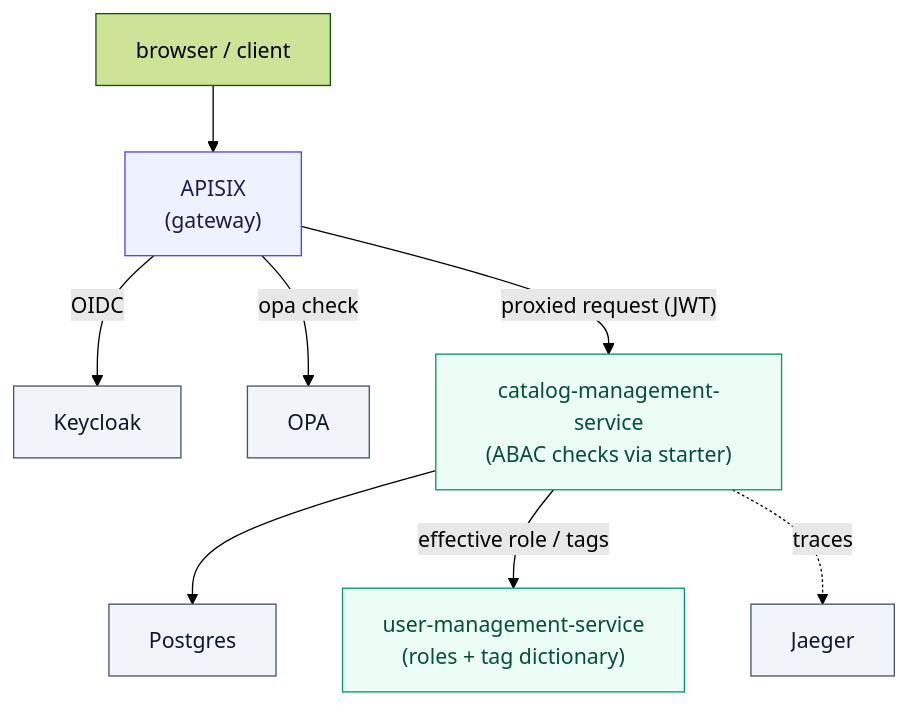
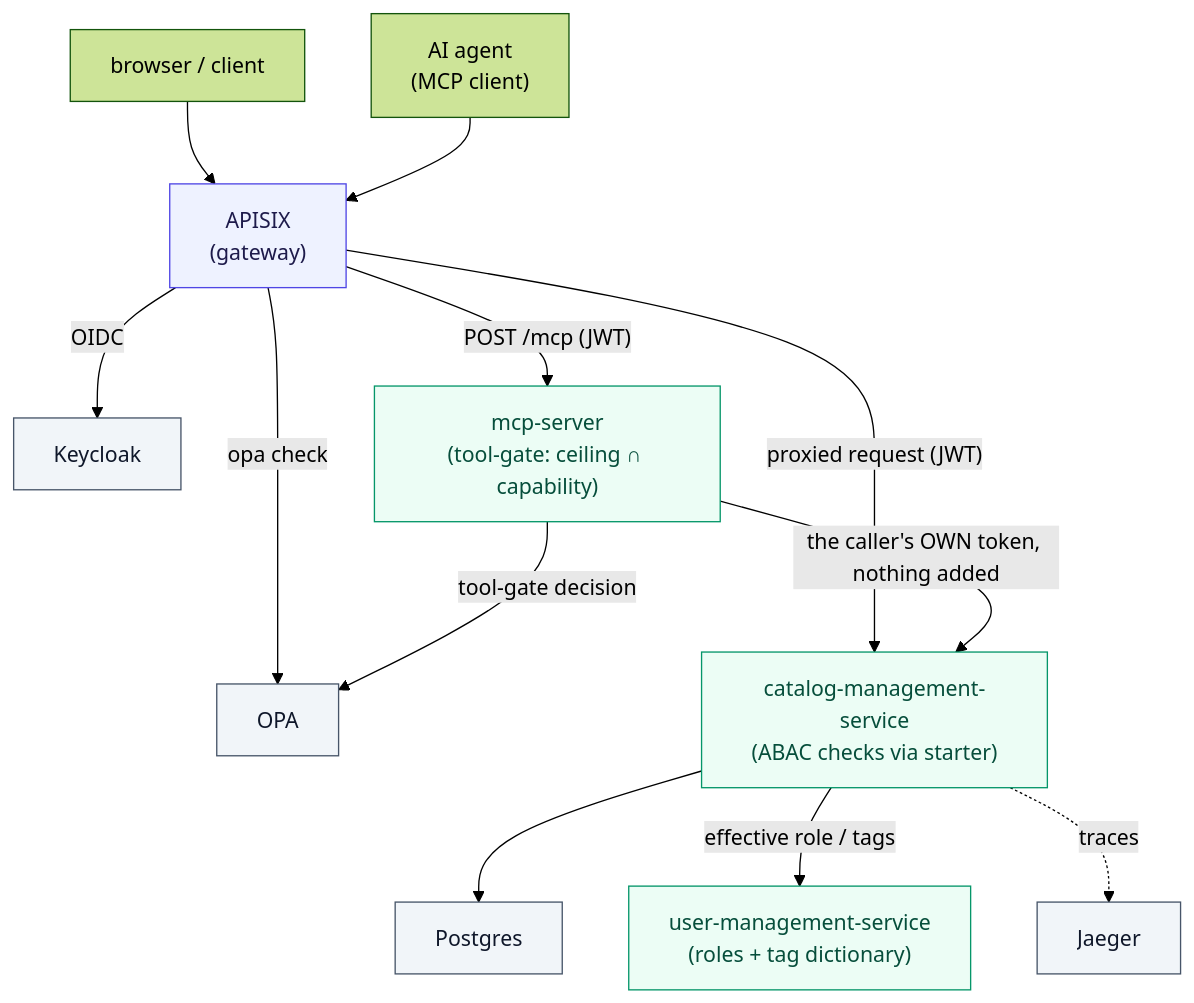
The diagram in README.md (Void3110/spring-boot-starter-opa-abac), drawn with Mermaid (forest theme) before and after one commit. The commit also changed other lines of this file and 125 other files, not shown here.

````diff
--- a/README.md
+++ b/README.md
@@ -148,17 +153,21 @@
 ```mermaid
 flowchart TD
     Client["browser / client"] --> APISIX["APISIX<br/>(gateway)"]
+    Agent["AI agent<br/>(MCP client)"] --> APISIX
     APISIX -- "OIDC" --> Keycloak["Keycloak"]
     APISIX -- "opa check" --> OPA["OPA"]
     APISIX -- "proxied request (JWT)" --> Catalog["catalog-management-service<br/>(ABAC checks via starter)"]
+    APISIX -- "POST /mcp (JWT)" --> Mcp["mcp-server<br/>(tool-gate: ceiling ∩ capability)"]
+    Mcp -- "tool-gate decision" --> OPA
+    Mcp -- "the caller's OWN token, nothing added" --> Catalog
     Catalog --> Postgres["Postgres"]
     Catalog -- "effective role / tags" --> UserSvc["user-management-service<br/>(roles + tag dictionary)"]
     Catalog -. "traces" .-> Jaeger["Jaeger"]
 
     classDef gw fill:#eef2ff,stroke:#4f46e5,color:#1e1b4b;
     classDef svc fill:#ecfdf5,stroke:#059669,color:#064e3b;
     classDef infra fill:#f1f5f9,stroke:#475569,color:#0f172a;
     class APISIX gw;
-    class Catalog,UserSvc svc;
+    class Catalog,UserSvc,Mcp svc;
     class Keycloak,OPA,Postgres,Jaeger infra;
 ```
````
